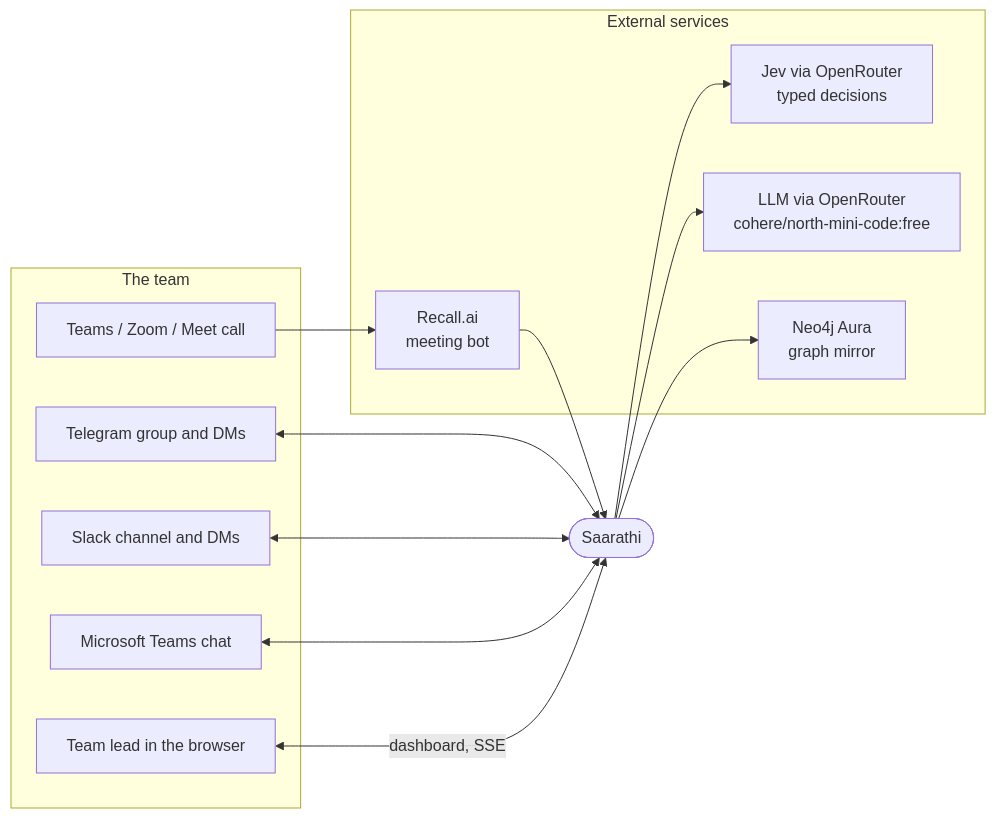
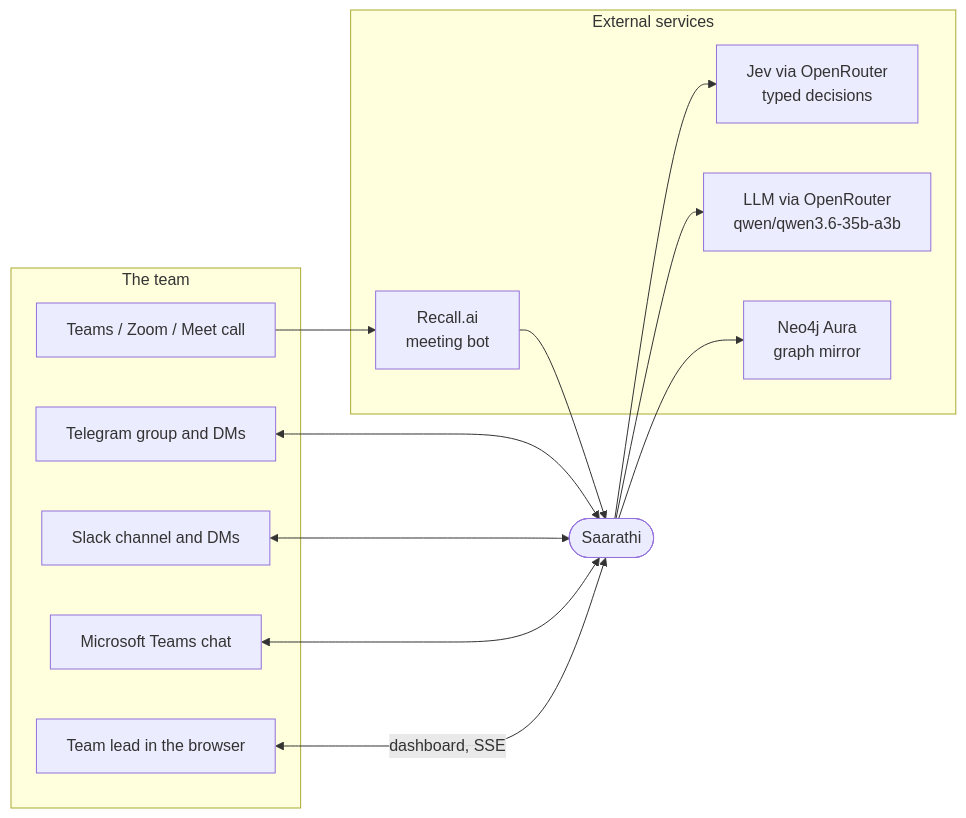
One commit to Itachi-of-the-Leaf/Hermes changed the first of 14 diagrams in README.md. Above: the diagram before and after it, drawn with Mermaid. The commit also changed other lines of this file, not shown here.

Commit message:
Use qwen/qwen3.6-35b-a3b as the default LLM in the docs
Replace cohere/north-mini-code:free with qwen/qwen3.6-35b-a3b
in the architecture diagram and the tech stack table.

````diff
--- a/README.md
+++ b/README.md
@@ -123,28 +123,28 @@
 ```mermaid
 flowchart LR
   subgraph Team["The team"]
     TG["Telegram group and DMs"]
     SL["Slack channel and DMs"]
     MT["Microsoft Teams chat"]
     CALL["Teams / Zoom / Meet call"]
     LEAD["Team lead in the browser"]
   end
 
   SAARATHI(["Saarathi"])
 
   subgraph External["External services"]
     JEV["Jev via OpenRouter<br/>typed decisions"]
-    LLM["LLM via OpenRouter<br/>cohere/north-mini-code:free"]
+    LLM["LLM via OpenRouter<br/>qwen/qwen3.6-35b-a3b"]
     RECALL["Recall.ai<br/>meeting bot"]
     NEO["Neo4j Aura<br/>graph mirror"]
   end
 
   TG <--> SAARATHI
   SL <--> SAARATHI
   MT <--> SAARATHI
   CALL --> RECALL --> SAARATHI
   LEAD <-->|"dashboard, SSE"| SAARATHI
   SAARATHI --> JEV
   SAARATHI --> LLM
   SAARATHI --> NEO
 ```
````
